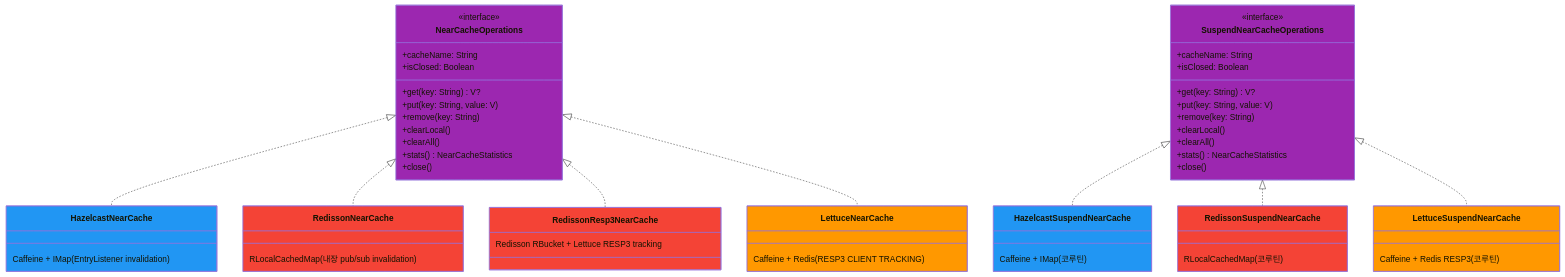
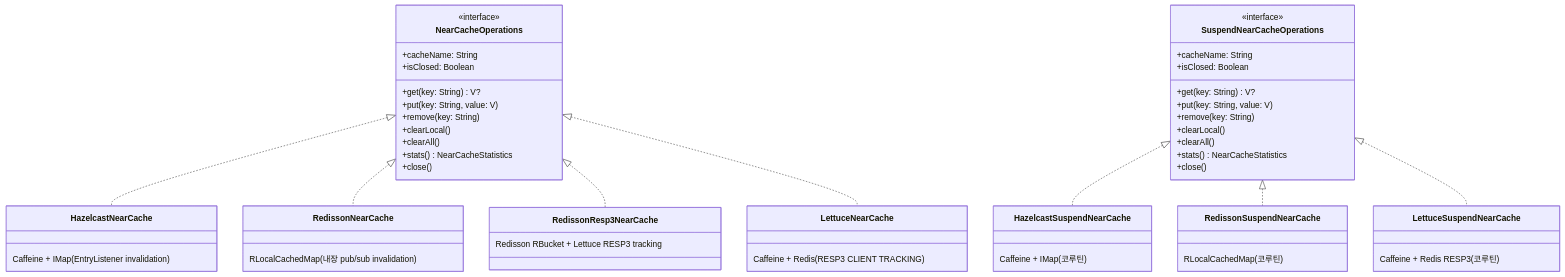
One commit to bluetape4k/bluetape4k-projects changed the second of 3 diagrams in infra/cache/README.md. Above: the diagram before and after it, drawn with Mermaid. The commit also changed 95 other files, not shown here.

First line of the commit message:
docs: Mermaid 파서 오류 전체 수정 (IntelliJ IDEA 호환)

````diff
--- a/infra/cache/README.md
+++ b/infra/cache/README.md
@@ -117,71 +117,65 @@
 ```mermaid
 classDiagram
-    class NearCacheOperations:::abstractStyle {
+    class NearCacheOperations {
         <<interface>>
         +cacheName: String
         +isClosed: Boolean
         +get(key: String) V?
         +put(key: String, value: V)
         +remove(key: String)
         +clearLocal()
         +clearAll()
         +stats() NearCacheStatistics
         +close()
     }
 
-    class SuspendNearCacheOperations:::abstractStyle {
+    class SuspendNearCacheOperations {
         <<interface>>
         +cacheName: String
         +isClosed: Boolean
         +get(key: String) V?
         +put(key: String, value: V)
         +remove(key: String)
         +clearLocal()
         +clearAll()
         +stats() NearCacheStatistics
         +close()
     }
 
-    class HazelcastNearCache:::clientStyle {
+    class HazelcastNearCache {
         Caffeine + IMap (EntryListener invalidation)
     }
 
-    class HazelcastSuspendNearCache:::clientStyle {
+    class HazelcastSuspendNearCache {
         Caffeine + IMap (코루틴)
     }
 
-    class RedissonNearCache:::cacheStyle {
+    class RedissonNearCache {
         RLocalCachedMap (내장 pub/sub invalidation)
     }
 
-    class RedissonSuspendNearCache:::cacheStyle {
+    class RedissonSuspendNearCache {
         RLocalCachedMap (코루틴)
     }
 
-    class RedissonResp3NearCache:::cacheStyle {
+    class RedissonResp3NearCache {
         Redisson RBucket + Lettuce RESP3 tracking
     }
 
-    class LettuceNearCache:::redisStyle {
+    class LettuceNearCache {
         Caffeine + Redis (RESP3 CLIENT TRACKING)
     }
 
-    class LettuceSuspendNearCache:::redisStyle {
+    class LettuceSuspendNearCache {
         Caffeine + Redis RESP3 (코루틴)
     }
 
     NearCacheOperations <|.. HazelcastNearCache
     NearCacheOperations <|.. RedissonNearCache
     NearCacheOperations <|.. RedissonResp3NearCache
     NearCacheOperations <|.. LettuceNearCache
     SuspendNearCacheOperations <|.. HazelcastSuspendNearCache
     SuspendNearCacheOperations <|.. RedissonSuspendNearCache
     SuspendNearCacheOperations <|.. LettuceSuspendNearCache
 
-    classDef cacheStyle    fill:#F44336
-    classDef redisStyle    fill:#FF9800
-    classDef infraStyle    fill:#607D8B
-    classDef clientStyle   fill:#2196F3
-    classDef abstractStyle fill:#9C27B0
-    classDef serviceStyle  fill:#4CAF50
 ```
````
